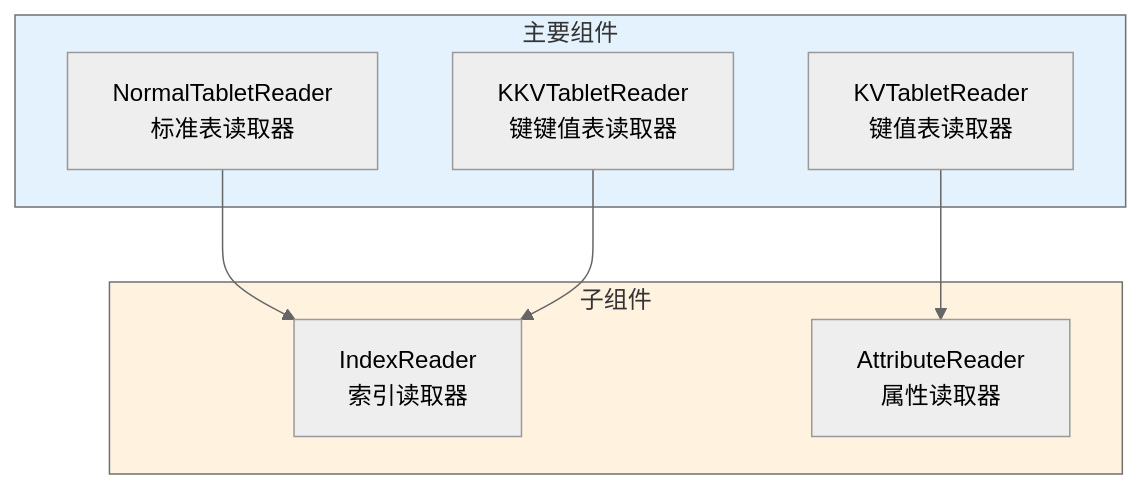
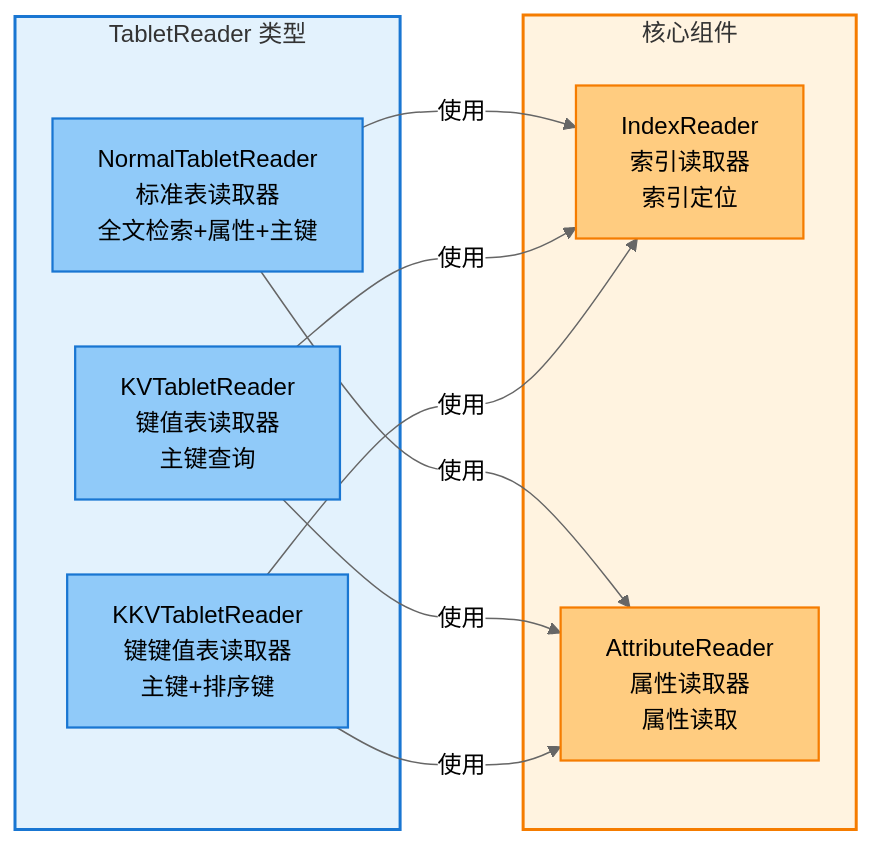
Before and after one commit to zhouzhilong-commits/zhouzhilong-commits.github.io: diagram 15 of 28 in _posts/2025-07-14-indexlib-8-index-types.md, drawn with Mermaid (neutral theme). The commit also changed other lines of this file and 6 other files, not shown here.

````diff
--- a/_posts/2025-07-14-indexlib-8-index-types.md
+++ b/_posts/2025-07-14-indexlib-8-index-types.md
@@ -686,20 +806,28 @@
 ```mermaid
-flowchart TD
-    subgraph Main["主要组件"]
-        A["NormalTabletReader<br/>标准表读取器"]
-        B["KVTabletReader<br/>键值表读取器"]
-        C["KKVTabletReader<br/>键键值表读取器"]
+flowchart LR
+    subgraph Reader["TabletReader 类型"]
+        A["NormalTabletReader<br/>标准表读取器<br/>全文检索+属性+主键"]
+        B["KVTabletReader<br/>键值表读取器<br/>主键查询"]
+        C["KKVTabletReader<br/>键键值表读取器<br/>主键+排序键"]
     end
     
-    subgraph Sub["子组件"]
-        D["IndexReader<br/>索引读取器"]
-        E["AttributeReader<br/>属性读取器"]
+    subgraph Component["核心组件"]
+        D["IndexReader<br/>索引读取器<br/>索引定位"]
+        E["AttributeReader<br/>属性读取器<br/>属性读取"]
     end
     
-    A --> D
-    B --> E
-    C --> D
+    A -->|使用| D
+    A -->|使用| E
+    B -->|使用| D
+    B -->|使用| E
+    C -->|使用| D
+    C -->|使用| E
     
-    style Main fill:#e3f2fd
-    style Sub fill:#fff3e0
+    style Reader fill:#e3f2fd,stroke:#1976d2,stroke-width:2px
+    style Component fill:#fff3e0,stroke:#f57c00,stroke-width:2px
+    style A fill:#90caf9,stroke:#1976d2,stroke-width:1.5px
+    style B fill:#90caf9,stroke:#1976d2,stroke-width:1.5px
+    style C fill:#90caf9,stroke:#1976d2,stroke-width:1.5px
+    style D fill:#ffcc80,stroke:#f57c00,stroke-width:1.5px
+    style E fill:#ffcc80,stroke:#f57c00,stroke-width:1.5px
 ```
````
